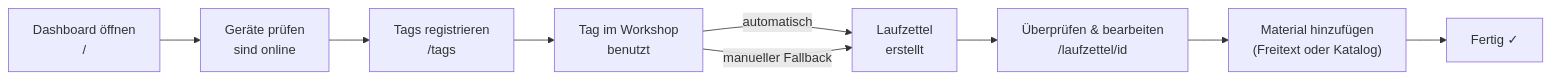
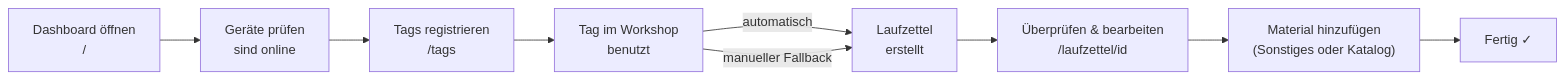
One commit to AlexErlewein/MakerPi_GroundControl changed the third of 3 diagrams in docs/00-overview.de.md. Above: the diagram before and after it, drawn with Mermaid. The commit also changed other lines of this file and 16 other files, not shown here.

Commit message:
feat: changed UI to use Sonstiges instead of Freitext

````diff
--- a/docs/00-overview.de.md
+++ b/docs/00-overview.de.md
@@ -92,11 +92,11 @@
 ```mermaid
 flowchart LR
     A["Dashboard öffnen\n/ "] --> B["Geräte prüfen\nsind online"]
     B --> C["Tags registrieren\n/tags"]
     C --> D["Tag im Workshop\nbenutzt"]
     D -->|"automatisch"| E["Laufzettel\nerstellt"]
     D -->|"manueller Fallback"| E
     E --> F["Überprüfen & bearbeiten\n/laufzettel/id"]
-    F --> G["Material hinzufügen\n(Freitext oder Katalog)"]
+    F --> G["Material hinzufügen\n(Sonstiges oder Katalog)"]
     G --> H["Fertig ✓"]
 ```
````
